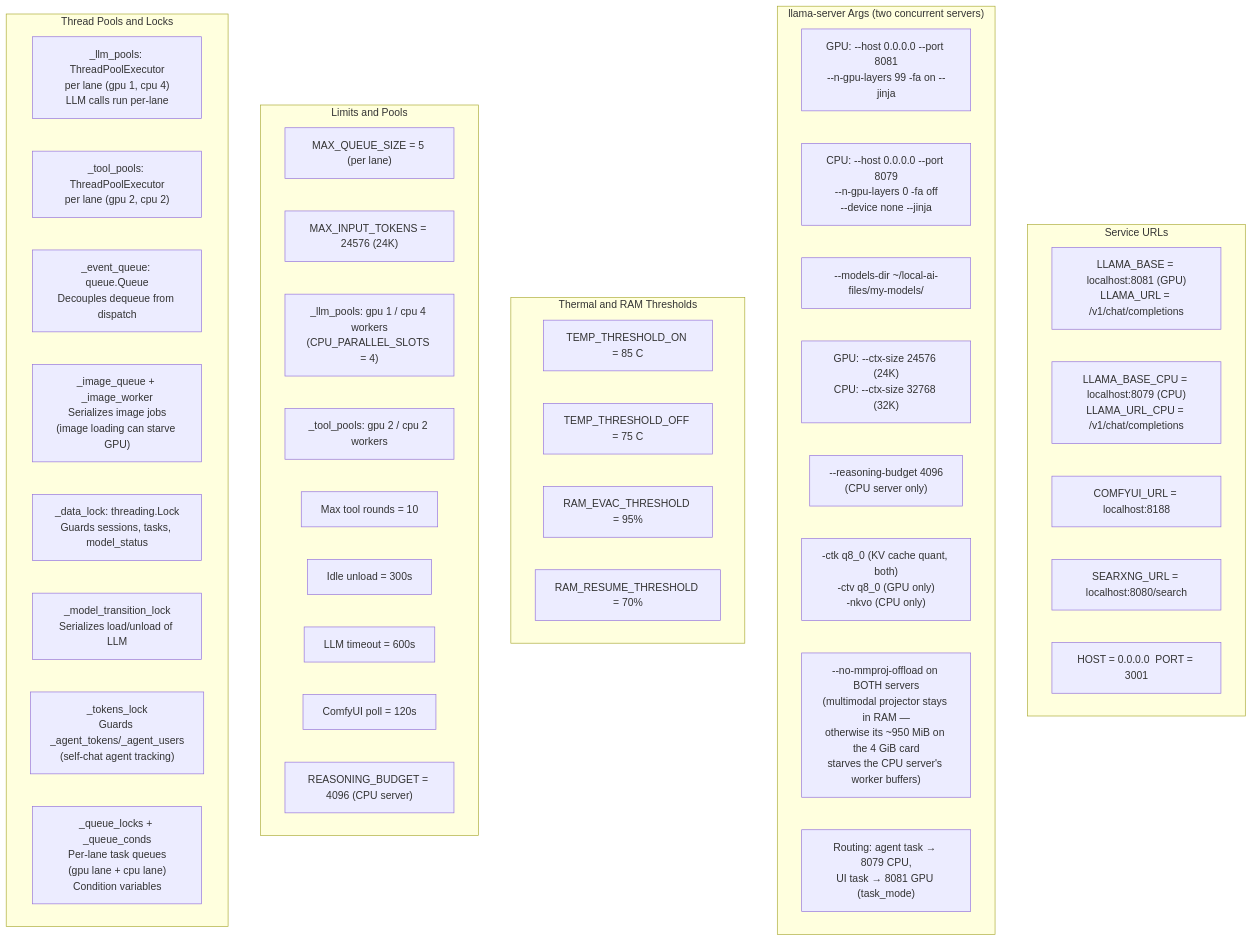
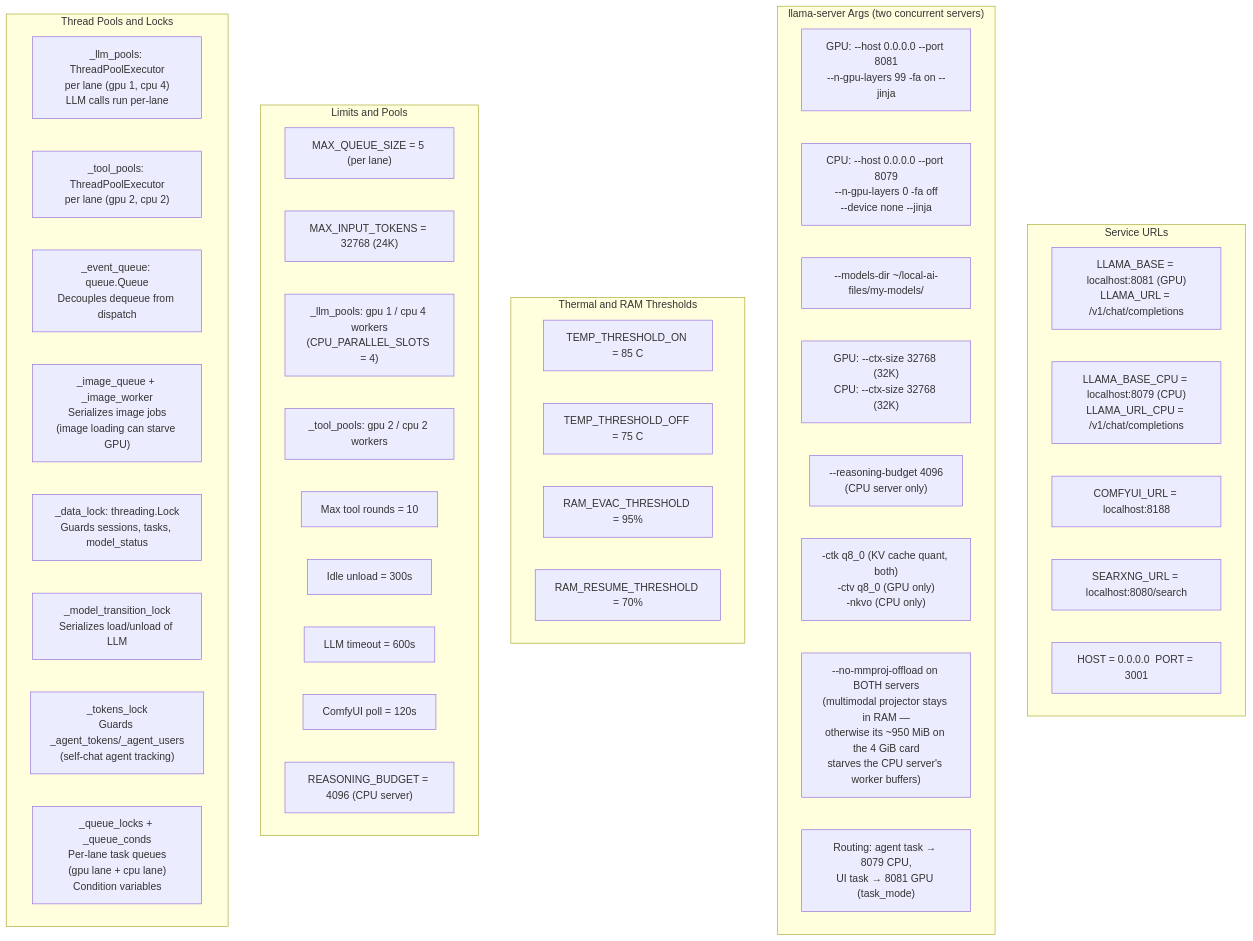
Before and after one commit to Palash90/local-ai: the third of 12 diagrams in README.md, drawn with Mermaid. The commit also changed other lines of this file and 13 other files, not shown here.

````diff
--- a/README.md
+++ b/README.md
@@ -263,51 +263,51 @@
 ```mermaid
 graph TD
     subgraph RCNetwork ["Service URLs"]
         RC1["LLAMA_BASE = localhost:8081 (GPU)\nLLAMA_URL = /v1/chat/completions"]
         RC2["LLAMA_BASE_CPU = localhost:8079 (CPU)\nLLAMA_URL_CPU = /v1/chat/completions"]
         RC3["COMFYUI_URL = localhost:8188"]
         RC4["SEARXNG_URL = localhost:8080/search"]
         RC5["HOST = 0.0.0.0  PORT = 3001"]
     end
 
     subgraph RCLlama ["llama-server Args (two concurrent servers)"]
         RCL1["GPU: --host 0.0.0.0 --port 8081\n--n-gpu-layers 99 -fa on --jinja"]
         RCL2["CPU: --host 0.0.0.0 --port 8079\n--n-gpu-layers 0 -fa off\n--device none --jinja"]
         RCL3["--models-dir ~/local-ai-files/my-models/"]
-        RCL4["GPU: --ctx-size 24576 (24K)\nCPU: --ctx-size 32768 (32K)"]
+        RCL4["GPU: --ctx-size 32768 (32K)\nCPU: --ctx-size 32768 (32K)"]
         RCL5["--reasoning-budget 4096\n(CPU server only)"]
         RCL6["-ctk q8_0 (KV cache quant, both)\n-ctv q8_0 (GPU only)\n-nkvo (CPU only)"]
         RCL7["--no-mmproj-offload on BOTH servers\n(multimodal projector stays in RAM —\notherwise its ~950 MiB on the 4 GiB card\nstarves the CPU server's worker buffers)"]
         RCL8["Routing: agent task → 8079 CPU,\nUI task → 8081 GPU (task_mode)"]
     end
 
     subgraph RCThermal ["Thermal and RAM Thresholds"]
         RT1["TEMP_THRESHOLD_ON = 85 C"]
         RT2["TEMP_THRESHOLD_OFF = 75 C"]
         RT3["RAM_EVAC_THRESHOLD = 95%"]
         RT4["RAM_RESUME_THRESHOLD = 70%"]
     end
 
     subgraph RCLimits ["Limits and Pools"]
         RL1["MAX_QUEUE_SIZE = 5 (per lane)"]
-        RL2["MAX_INPUT_TOKENS = 24576 (24K)"]
+        RL2["MAX_INPUT_TOKENS = 32768 (24K)"]
         RL3["_llm_pools: gpu 1 / cpu 4 workers\n(CPU_PARALLEL_SLOTS = 4)"]
         RL4["_tool_pools: gpu 2 / cpu 2 workers"]
         RL5["Max tool rounds = 10"]
         RL6["Idle unload = 300s"]
         RL7["LLM timeout = 600s"]
         RL8["ComfyUI poll = 120s"]
         RL9["REASONING_BUDGET = 4096 (CPU server)"]
     end
 
     subgraph RCThreads ["Thread Pools and Locks"]
         LK1["_llm_pools: ThreadPoolExecutor\nper lane (gpu 1, cpu 4)\nLLM calls run per-lane"]
         LK2["_tool_pools: ThreadPoolExecutor\nper lane (gpu 2, cpu 2)"]
         LK3["_event_queue: queue.Queue\nDecouples dequeue from dispatch"]
         LK4["_image_queue + _image_worker\nSerializes image jobs\n(image loading can starve GPU)"]
         LK5["_data_lock: threading.Lock\nGuards sessions, tasks, model_status"]
         LK6["_model_transition_lock\nSerializes load/unload of LLM"]
         LK7["_tokens_lock\nGuards _agent_tokens/_agent_users\n(self-chat agent tracking)"]
         LK8["_queue_locks + _queue_conds\nPer-lane task queues\n(gpu lane + cpu lane)\nCondition variables"]
     end
 ```
````
